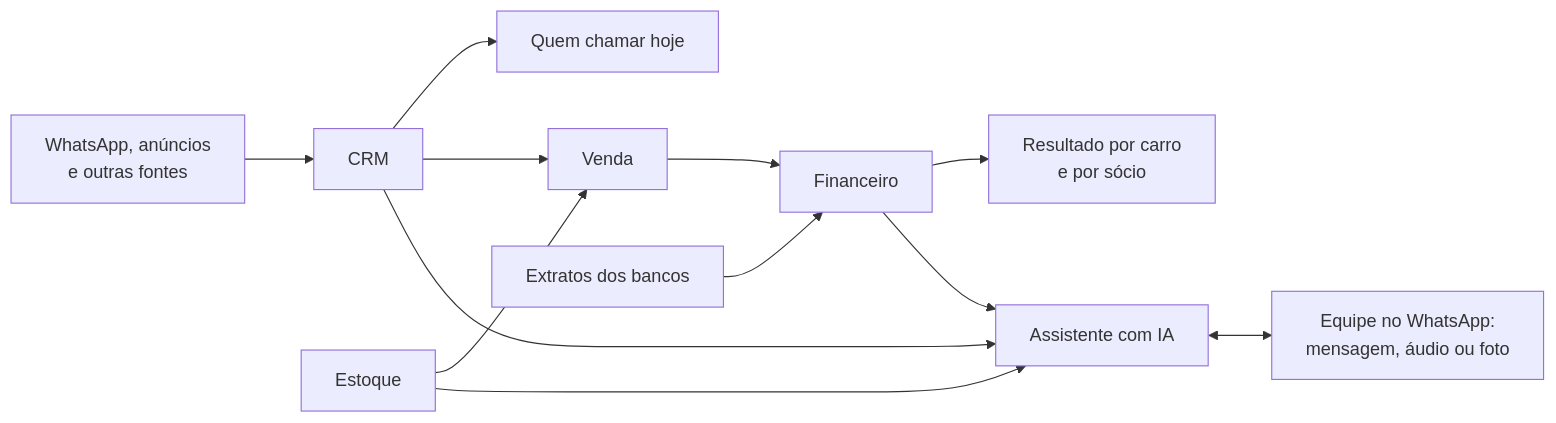
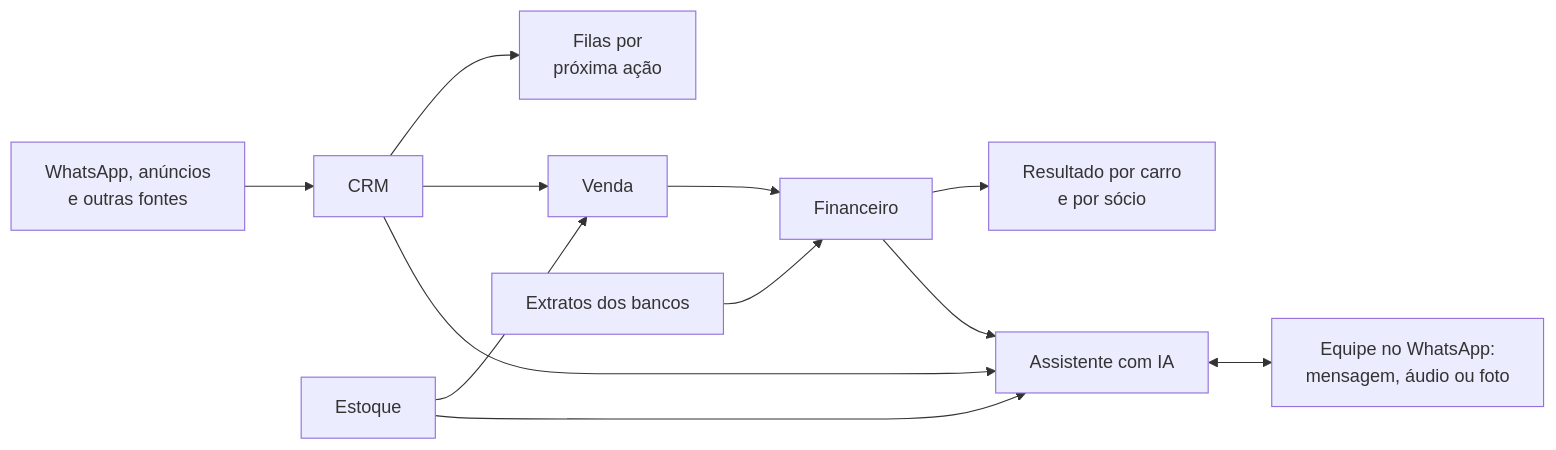
Before and after one commit to Vitor-Brosque/rodoviariaos-showcase: the diagram in README.md, drawn with Mermaid. The commit also changed other lines of this file, not shown here.

````diff
--- a/README.md
+++ b/README.md
@@ -61,14 +82,14 @@
 ```mermaid
 flowchart LR
     FONTES["WhatsApp, anúncios<br>e outras fontes"] --> CRM["CRM"]
-    CRM --> FILA["Quem chamar hoje"]
+    CRM --> FILA["Filas por<br>próxima ação"]
     CRM --> VENDA["Venda"]
     ESTOQUE["Estoque"] --> VENDA
     VENDA --> FIN["Financeiro"]
     EXTRATOS["Extratos dos bancos"] --> FIN
     FIN --> RES["Resultado por carro<br>e por sócio"]
     CRM --> IA["Assistente com IA"]
     ESTOQUE --> IA
     FIN --> IA
     IA <--> EQUIPE["Equipe no WhatsApp:<br>mensagem, áudio ou foto"]
 ```
````
